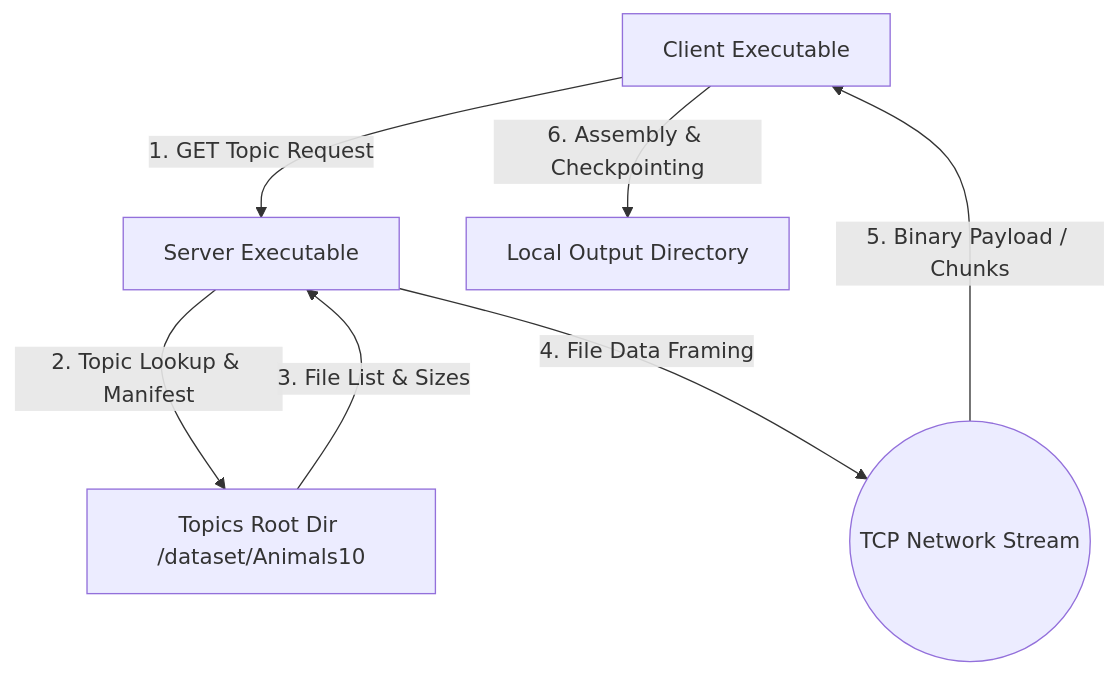
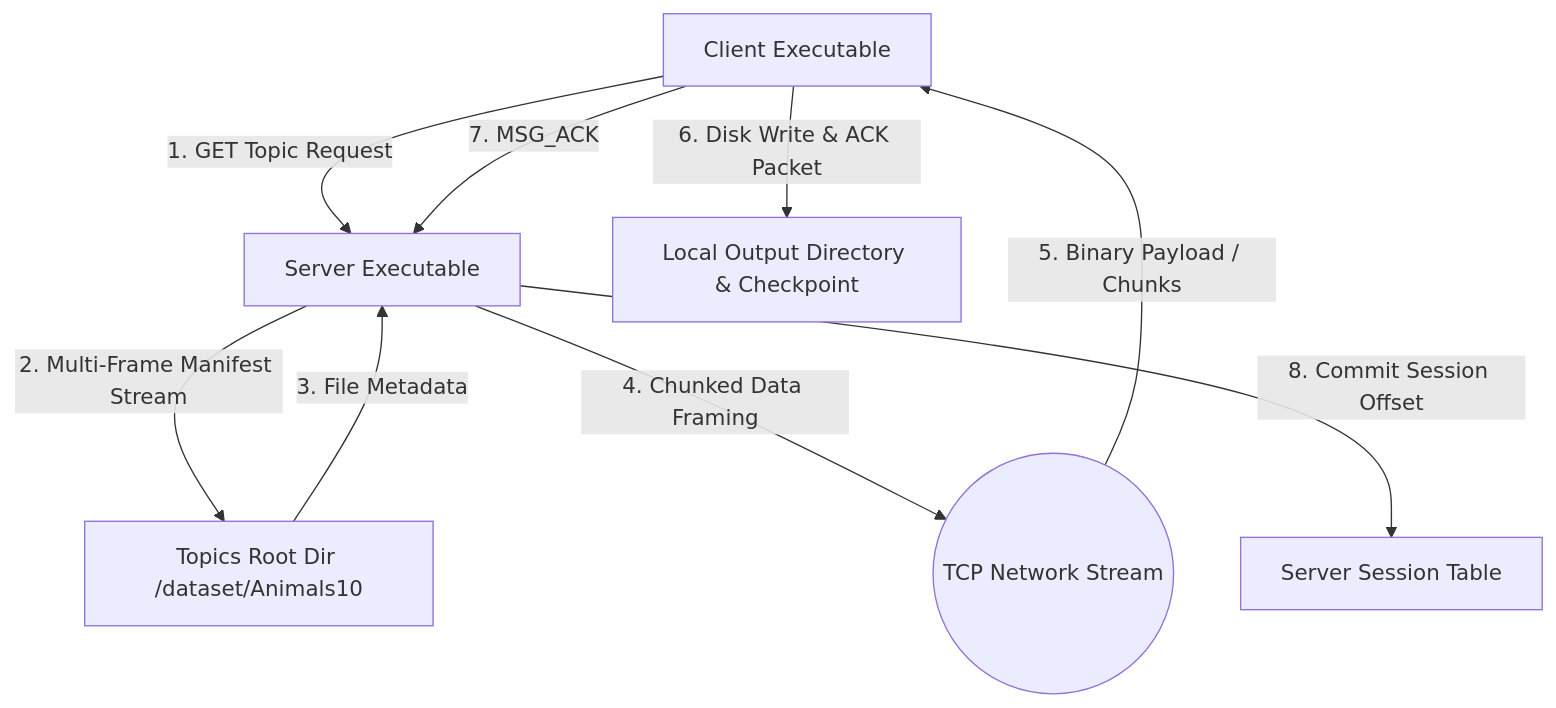
The first of 4 diagrams in docs/ARCHITECTURE.md (peaceparadise7-kb/IT305-Socket-Programming), drawn with Mermaid before and after one commit. The commit also changed other lines of this file and 7 other files, not shown here.

````diff
--- a/docs/ARCHITECTURE.md
+++ b/docs/ARCHITECTURE.md
@@ -14,9 +14,11 @@
 ```mermaid
 graph TD
     Client[Client Executable] -->|1. GET Topic Request| Server[Server Executable]
-    Server -->|2. Topic Lookup & Manifest| Directory[Topics Root Dir /dataset/Animals10]
-    Directory -->|3. File List & Sizes| Server
-    Server -->|4. File Data Framing| Net((TCP Network Stream))
+    Server -->|2. Multi-Frame Manifest Stream| Directory[Topics Root Dir /dataset/Animals10]
+    Directory -->|3. File Metadata| Server
+    Server -->|4. Chunked Data Framing| Net((TCP Network Stream))
     Net -->|5. Binary Payload / Chunks| Client
-    Client -->|6. Assembly & Checkpointing| LocalFS[Local Output Directory]
+    Client -->|6. Disk Write & ACK Packet| LocalFS[Local Output Directory & Checkpoint]
+    Client -->|7. MSG_ACK| Server
+    Server -->|8. Commit Session Offset| SessionTable[Server Session Table]
 ```
````
